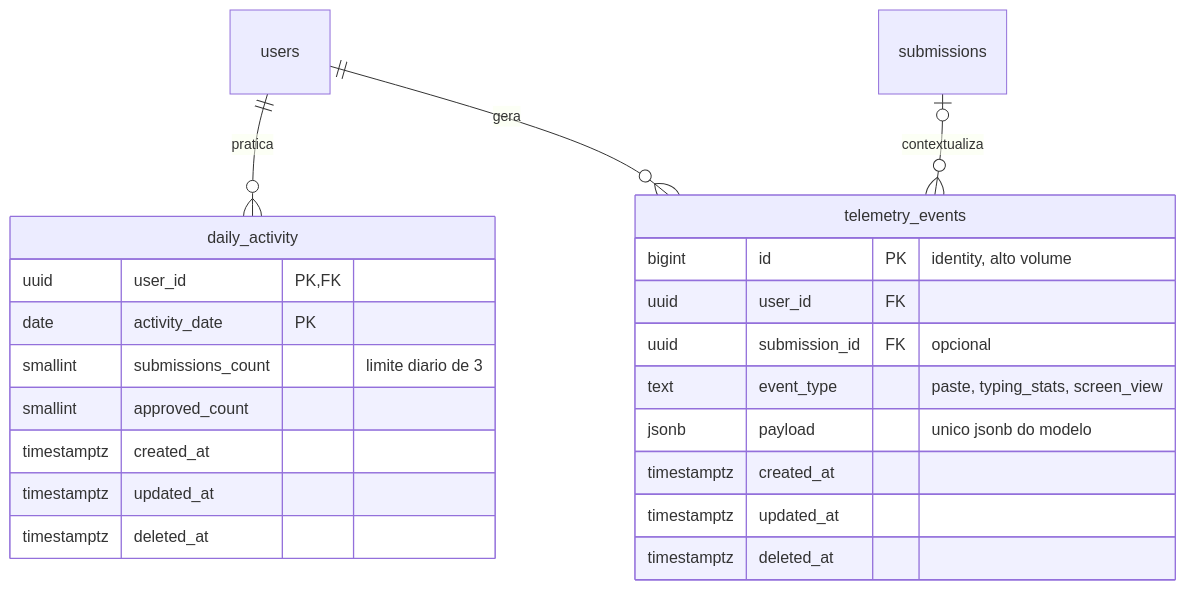
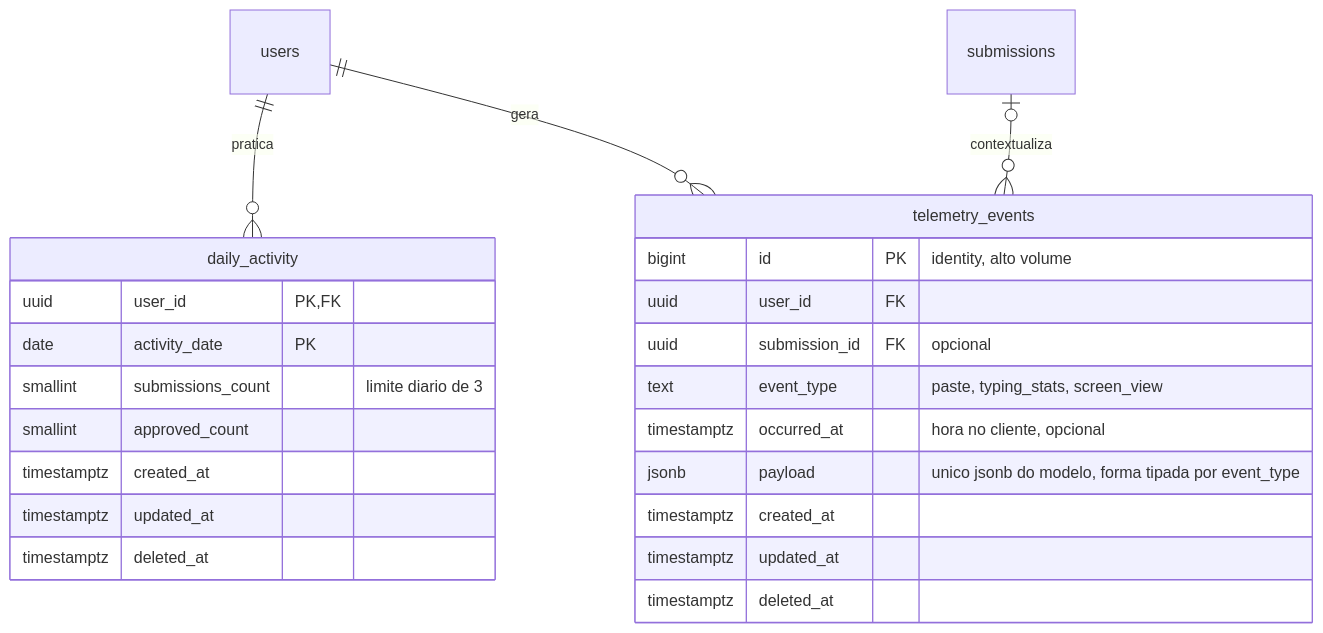
The fifth of 5 diagrams in docs/DER.md (kaualimadesouza/argumenta-api), drawn with Mermaid before and after one commit. The commit also changed other lines of this file and 21 other files, not shown here.

````diff
--- a/docs/DER.md
+++ b/docs/DER.md
@@ -384,25 +392,26 @@
 ```mermaid
 erDiagram
   daily_activity {
     uuid user_id PK,FK
     date activity_date PK
     smallint submissions_count "limite diario de 3"
     smallint approved_count
     timestamptz created_at
     timestamptz updated_at
     timestamptz deleted_at
   }
   telemetry_events {
     bigint id PK "identity, alto volume"
     uuid user_id FK
     uuid submission_id FK "opcional"
     text event_type "paste, typing_stats, screen_view"
-    jsonb payload "unico jsonb do modelo"
+    timestamptz occurred_at "hora no cliente, opcional"
+    jsonb payload "unico jsonb do modelo, forma tipada por event_type"
     timestamptz created_at
     timestamptz updated_at
     timestamptz deleted_at
   }
   users ||--o{ daily_activity : "pratica"
   users ||--o{ telemetry_events : "gera"
   submissions |o--o{ telemetry_events : "contextualiza"
 ```
````
